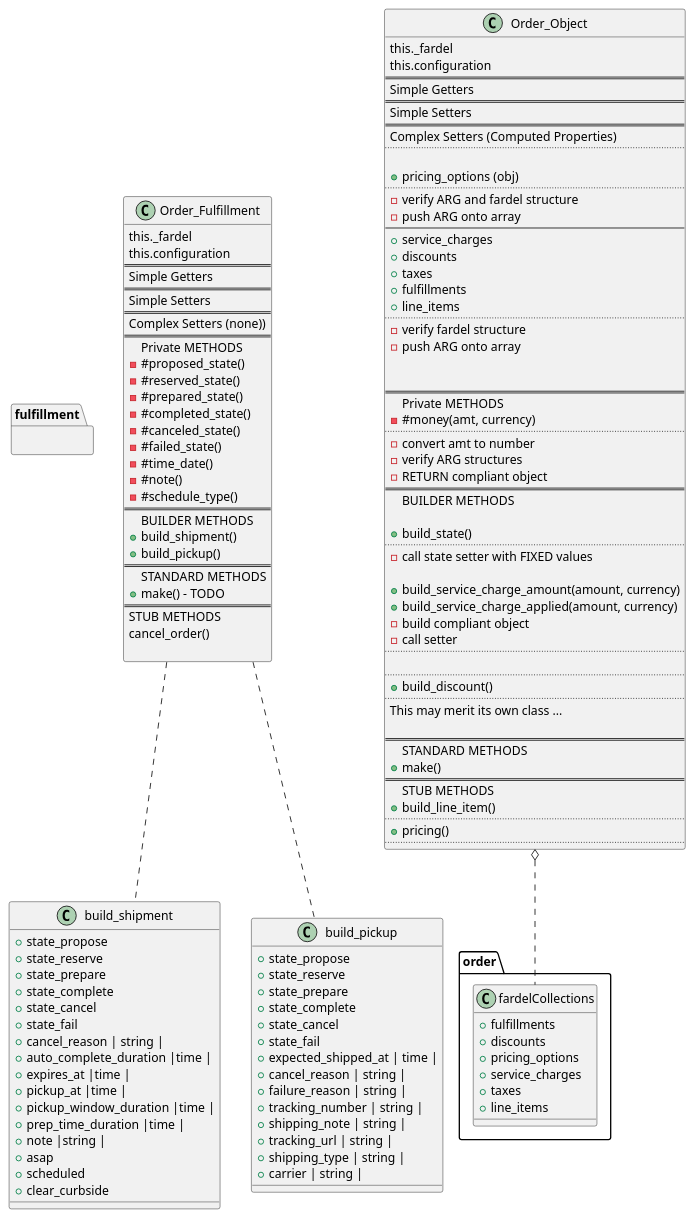
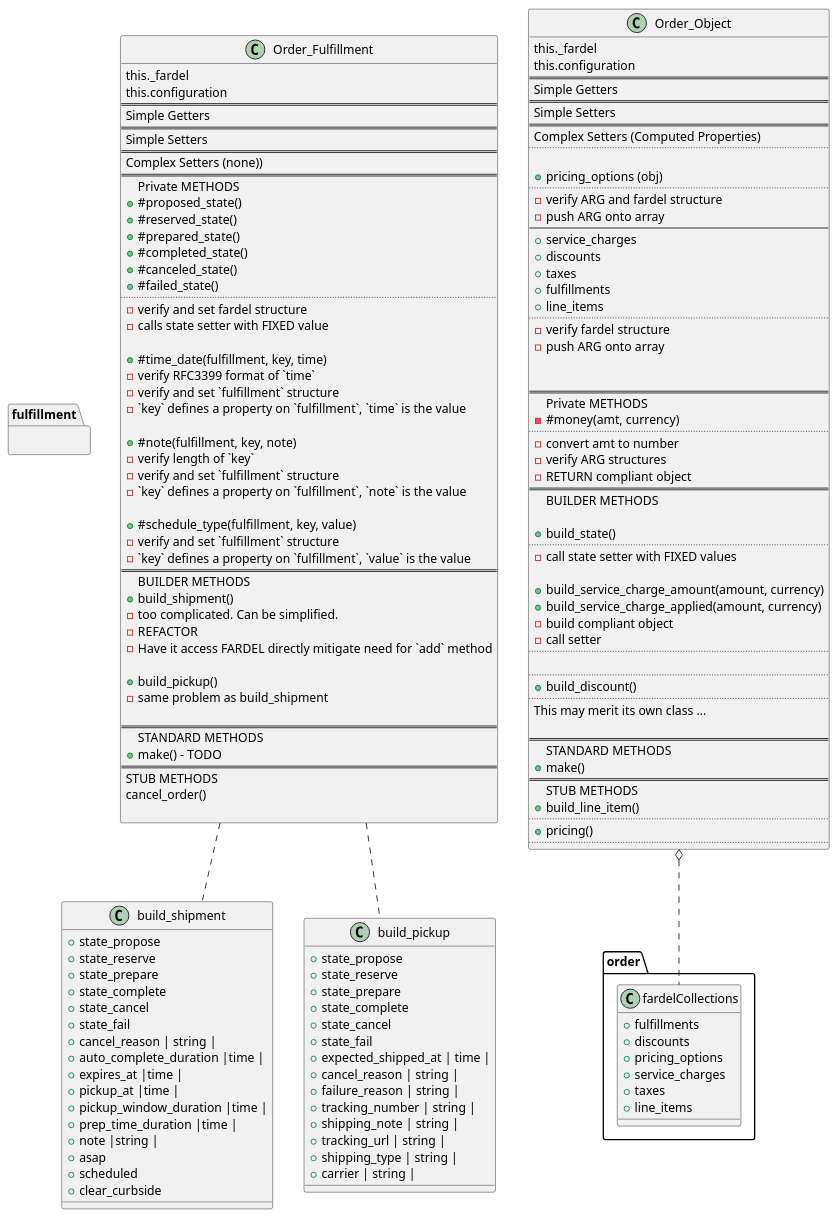
Before and after one commit to TwoFistedJustice/square-pie: the diagram in docs/uml/order_object_pie.puml, drawn with PlantUML.

Commit message:
docs: add detail to fulfillment class diagram

```diff
--- a/docs/uml/order_object_pie.puml
+++ b/docs/uml/order_object_pie.puml
@@ -1,159 +1,179 @@
 @startuml
 'https://plantuml.com/class-diagram
 
 
 namespace fulfillment {
 .Order_Fulfillment .. .build_shipment
 .Order_Fulfillment .. .build_pickup
 }
 
 namespace order {
 .Order_Object o.. fardelCollections
 
 object fardelCollections{
   + fulfillments
   + discounts
   + pricing_options
   + service_charges
   + taxes
   + line_items
 }
 
 }
 
 
 class Order_Object{
 this._fardel
 this.configuration
 ==
 Simple Getters
 ==
 Simple Setters
 ==
 Complex Setters (Computed Properties)
 ..
 
 + pricing_options (obj)
 ..
 - verify ARG and fardel structure
 - push ARG onto array
 --
 + service_charges
 + discounts
 + taxes
 + fulfillments
 + line_items
 ..
 - verify fardel structure
 - push ARG onto array
 
 
 ==
 Private METHODS
 - #money(amt, currency)
 ..
 -convert amt to number
 - verify ARG structures
 - RETURN compliant object
 ==
 BUILDER METHODS
 
 + build_state()
 ..
 - call state setter with FIXED values
 
 + build_service_charge_amount(amount, currency)
 + build_service_charge_applied(amount, currency)
 - build compliant object
 - call setter
 ..
 
 ..
 + build_discount()
 ..
 This may merit its own class ...
 
 ==
 STANDARD METHODS
 + make()
 ==
 STUB METHODS
 + build_line_item()
 ..
 + pricing()
 ..
 }
 
 class Order_Fulfillment {
 this._fardel
 this.configuration
 ==
 Simple Getters
 ==
 Simple Setters
 ==
 Complex Setters (none))
 ==
 Private METHODS
-- #proposed_state()
-- #reserved_state()
-- #prepared_state()
-- #completed_state()
-- #canceled_state()
-- #failed_state()
-- #time_date()
-- #note()
-- #schedule_type()
++ #proposed_state()
++ #reserved_state()
++ #prepared_state()
++ #completed_state()
++ #canceled_state()
++ #failed_state()
+..
+- verify and set fardel structure
+- calls state setter with FIXED value
+
++ #time_date(fulfillment, key, time)
+- verify RFC3399 format of `time`
+- verify and set `fulfillment` structure
+- `key` defines a property on `fulfillment`, `time` is the value
+
++ #note(fulfillment, key, note)
+- verify length of `key`
+- verify and set `fulfillment` structure
+- `key` defines a property on `fulfillment`, `note` is the value
+
++ #schedule_type(fulfillment, key, value)
+- verify and set `fulfillment` structure
+- `key` defines a property on `fulfillment`, `value` is the value
 ==
 BUILDER METHODS
 + build_shipment()
+- too complicated. Can be simplified.
+- REFACTOR
+- Have it access FARDEL directly mitigate need for `add` method
+
 + build_pickup()
+- same problem as build_shipment
+
 ==
 STANDARD METHODS
 + make() - TODO
 ==
 STUB METHODS
 cancel_order()
 
 }
 
 
 object build_shipment {
 + state_propose
 + state_reserve
 + state_prepare
 + state_complete
 + state_cancel
 + state_fail
 + cancel_reason | string |
 + auto_complete_duration |time |
 + expires_at |time |
 + pickup_at |time |
 + pickup_window_duration |time |
 + prep_time_duration |time |
 + note |string |
 + asap
 + scheduled
 + clear_curbside
 
 }
 
 object build_pickup {
 + state_propose
 + state_reserve
 + state_prepare
 + state_complete
 + state_cancel
 + state_fail
 + expected_shipped_at | time |
 + cancel_reason | string |
 + failure_reason | string |
 + tracking_number | string |
 + shipping_note | string |
 + tracking_url | string |
 + shipping_type | string |
 + carrier | string |
 }
 
 
 @enduml
```
